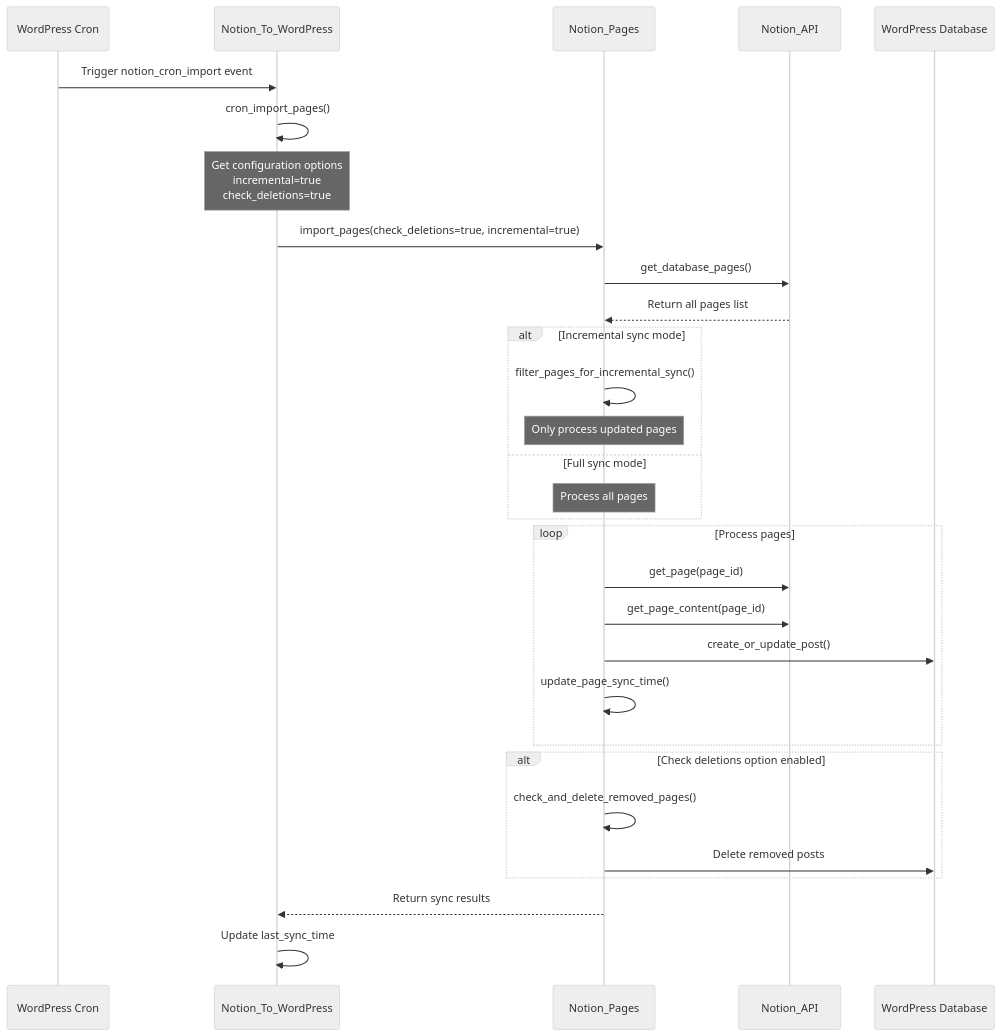
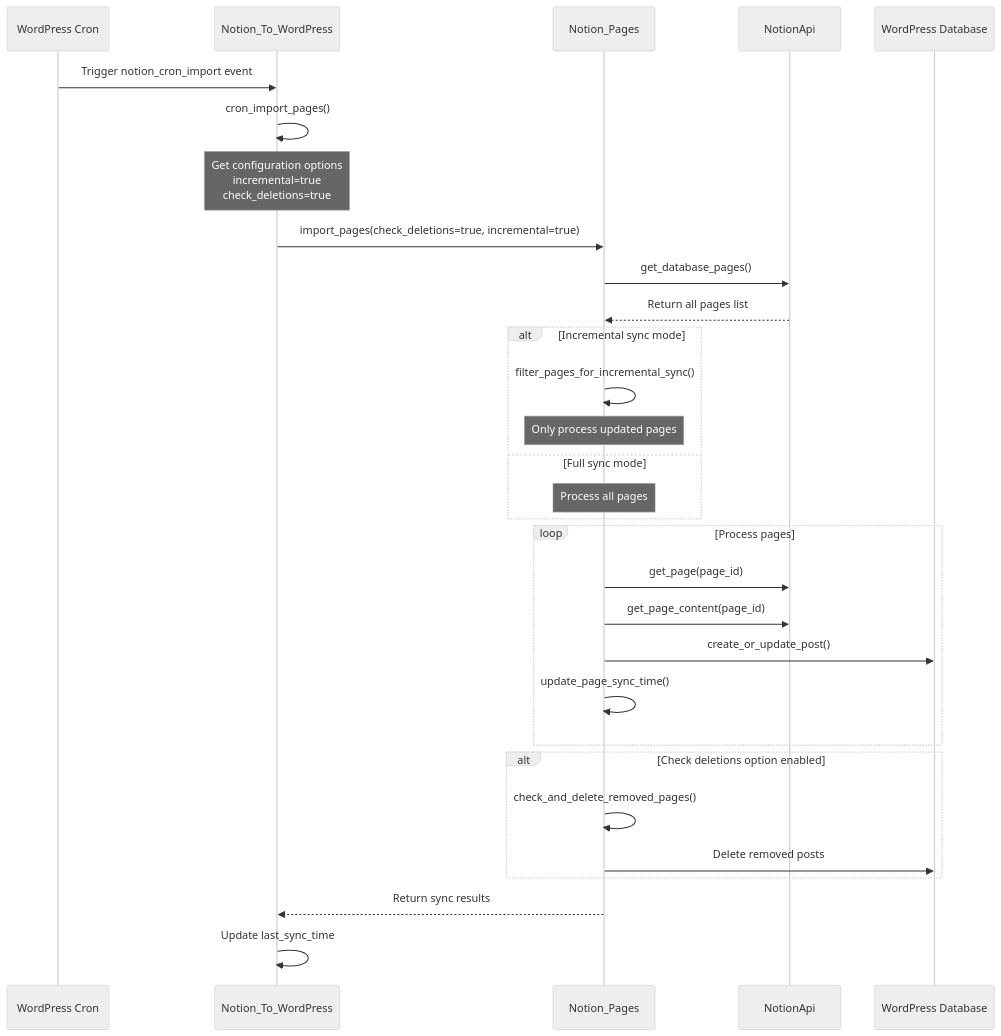
One commit to Frank-Loong/Notion-to-WordPress changed the third of 4 diagrams in docs/DEVELOPER_GUIDE.md. Above: the diagram before and after it, drawn with Mermaid (neutral theme). The commit also changed other lines of this file and 135 other files, not shown here.

````diff
--- a/docs/DEVELOPER_GUIDE.md
+++ b/docs/DEVELOPER_GUIDE.md
@@ -289,38 +291,38 @@
 ```mermaid
 sequenceDiagram
     participant C as WordPress Cron
     participant M as Notion_To_WordPress
     participant P as Notion_Pages
-    participant API as Notion_API
+    participant API as NotionApi
     participant WP as WordPress Database
 
     C->>M: Trigger notion_cron_import event
     M->>M: cron_import_pages()
     Note over M: Get configuration options<br/>incremental=true<br/>check_deletions=true
 
     M->>P: import_pages(check_deletions=true, incremental=true)
     P->>API: get_database_pages()
     API-->>P: Return all pages list
 
     alt Incremental sync mode
         P->>P: filter_pages_for_incremental_sync()
         Note over P: Only process updated pages
     else Full sync mode
         Note over P: Process all pages
     end
 
     loop Process pages
         P->>API: get_page(page_id)
         P->>API: get_page_content(page_id)
         P->>WP: create_or_update_post()
         P->>P: update_page_sync_time()
     end
 
     alt Check deletions option enabled
         P->>P: check_and_delete_removed_pages()
         P->>WP: Delete removed posts
     end
 
     P-->>M: Return sync results
     M->>M: Update last_sync_time
 ```
````
